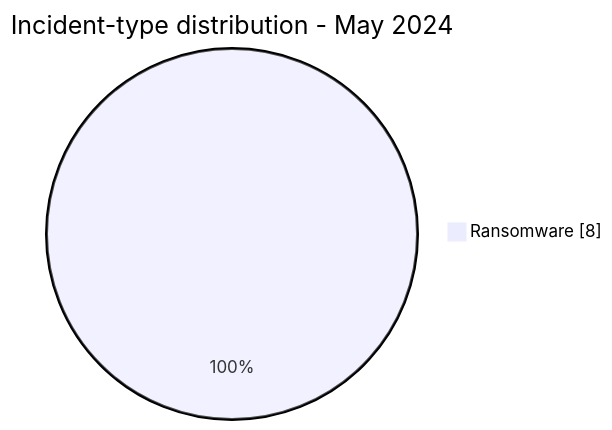
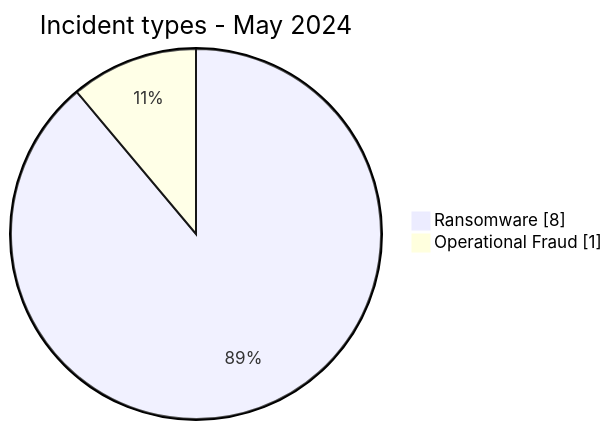
The first of 3 diagrams in CyberAttackAfrica/2024/05-may/README.md (Hatchepsoute/AFRINTEL), drawn with Mermaid before and after one commit. The commit also changed other lines of this file and 60 other files, not shown here.

````diff
--- a/CyberAttackAfrica/2024/05-may/README.md
+++ b/CyberAttackAfrica/2024/05-may/README.md
@@ -52,5 +53,6 @@
 ```mermaid
 pie showData
-    title Incident-type distribution - May 2024
+    title Incident types - May 2024
     "Ransomware" : 8
+    "Operational Fraud" : 1
 ```
````
